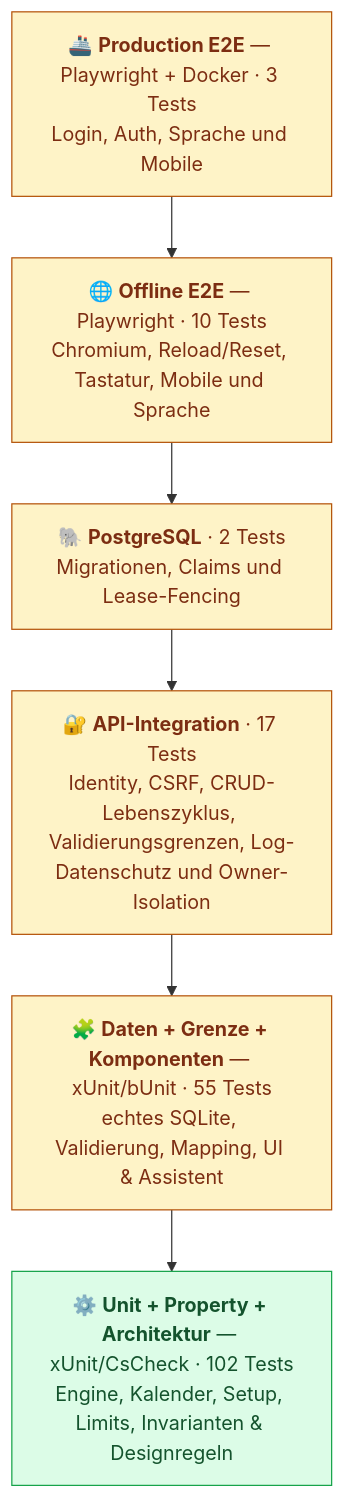
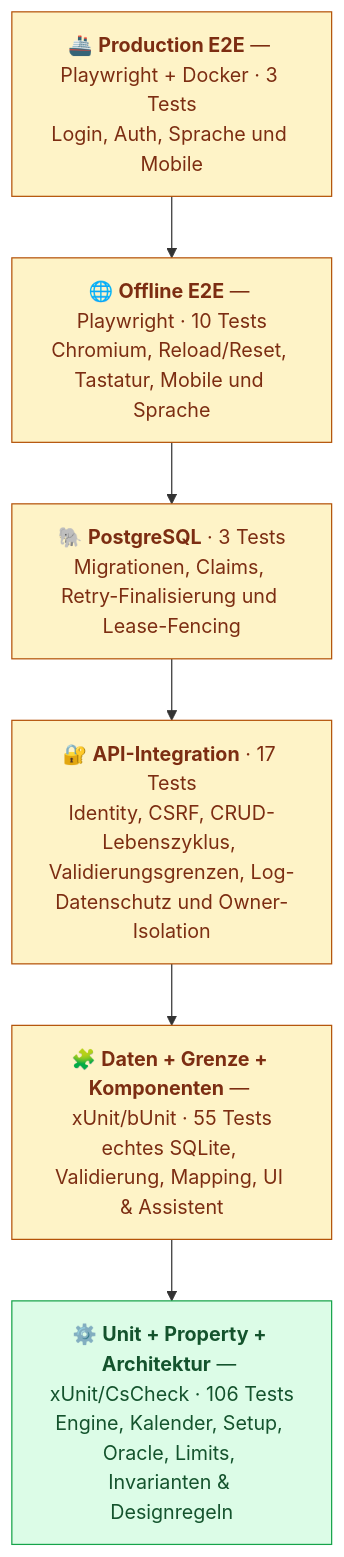
Before and after one commit to aco993/WorkPlanStudio: the diagram in docs/TESTING.de.md, drawn with Mermaid. The commit also changed other lines of this file and 7 other files, not shown here.

````diff
--- a/docs/TESTING.de.md
+++ b/docs/TESTING.de.md
@@ -14,16 +14,16 @@
 ```mermaid
 graph TD
     PROD["🚢 <b>Production E2E</b> — Playwright + Docker · 3 Tests<br/>Login, Auth, Sprache und Mobile"]
     E2E["🌐 <b>Offline E2E</b> — Playwright · 10 Tests<br/>Chromium, Reload/Reset, Tastatur, Mobile und Sprache"]
-    PG["🐘 <b>PostgreSQL</b> · 2 Tests<br/>Migrationen, Claims und Lease-Fencing"]
+    PG["🐘 <b>PostgreSQL</b> · 3 Tests<br/>Migrationen, Claims, Retry-Finalisierung und Lease-Fencing"]
     API["🔐 <b>API-Integration</b> · 17 Tests<br/>Identity, CSRF, CRUD-Lebenszyklus, Validierungsgrenzen, Log-Datenschutz und Owner-Isolation"]
     WEB["🧩 <b>Daten + Grenze + Komponenten</b> — xUnit/bUnit · 55 Tests<br/>echtes SQLite, Validierung, Mapping, UI &amp; Assistent"]
-    UNIT["⚙️ <b>Unit + Property + Architektur</b> — xUnit/CsCheck · 102 Tests<br/>Engine, Kalender, Setup, Limits, Invarianten &amp; Designregeln"]
+    UNIT["⚙️ <b>Unit + Property + Architektur</b> — xUnit/CsCheck · 106 Tests<br/>Engine, Kalender, Setup, Oracle, Limits, Invarianten &amp; Designregeln"]
 
     PROD --> E2E --> PG --> API --> WEB --> UNIT
 
     classDef fast fill:#dcfce7,stroke:#16a34a,color:#14532d;
     classDef slow fill:#fef3c7,stroke:#b45309,color:#7c2d12;
     class UNIT fast;
     class WEB,API,PG,E2E,PROD slow;
 ```
````
